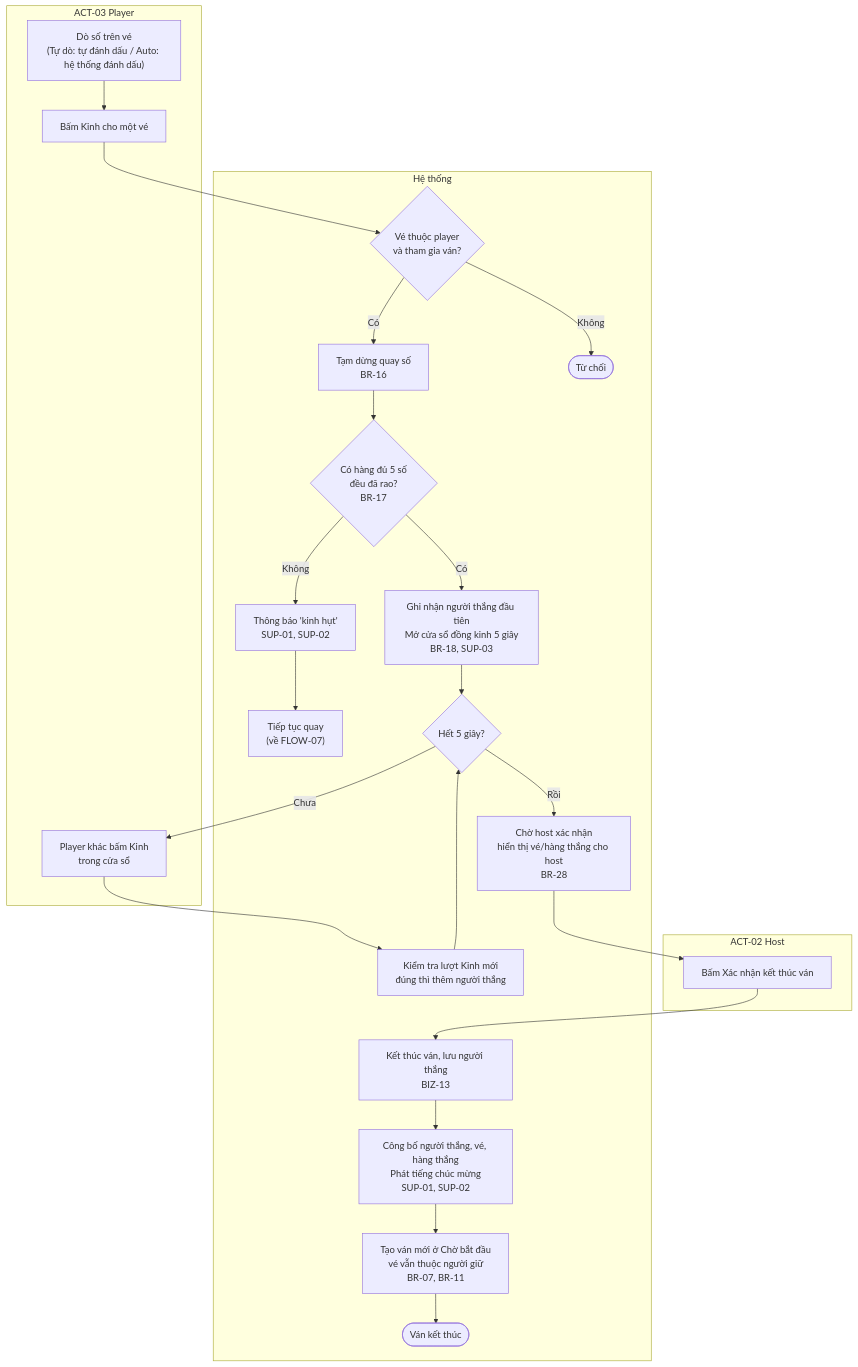
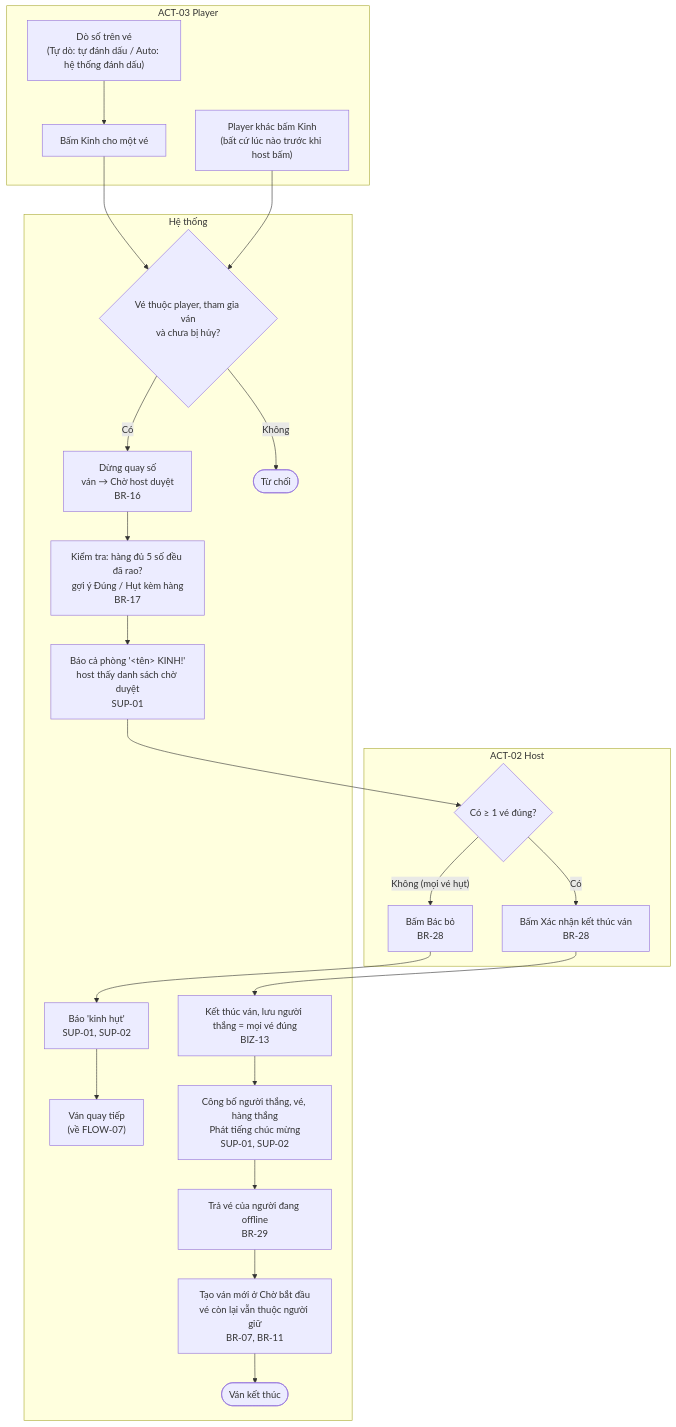
One commit to Thachdong/loto changed the ninth of 24 diagrams in idea/business-flows.md. Above: the diagram before and after it, drawn with Mermaid. The commit also changed other lines of this file and 22 other files, not shown here.

````diff
--- a/idea/business-flows.md
+++ b/idea/business-flows.md
@@ -485,34 +491,33 @@
 ```mermaid
 flowchart TD
   subgraph P["ACT-03 Player"]
     S1["Dò số trên vé<br/>(Tự dò: tự đánh dấu / Auto: hệ thống đánh dấu)"]
     S2["Bấm Kinh cho một vé"]
-    A2["Player khác bấm Kinh<br/>trong cửa sổ"]
+    A2["Player khác bấm Kinh<br/>(bất cứ lúc nào trước khi host bấm)"]
   end
   subgraph HO["ACT-02 Host"]
-    S9b["Bấm Xác nhận kết thúc ván"]
+    S8{"Có ≥ 1 vé đúng?"}
+    S9b["Bấm Xác nhận kết thúc ván<br/>BR-28"]
+    R1["Bấm Bác bỏ<br/>BR-28"]
   end
   subgraph H["Hệ thống"]
-    S3{"Vé thuộc player<br/>và tham gia ván?"}
-    S4["Tạm dừng quay số<br/>BR-16"]
-    S5{"Có hàng đủ 5 số<br/>đều đã rao?<br/>BR-17"}
-    E2["Thông báo 'kinh hụt'<br/>SUP-01, SUP-02"]
-    E3["Tiếp tục quay<br/>(về FLOW-07)"]
-    S6["Ghi nhận người thắng đầu tiên<br/>Mở cửa sổ đồng kinh 5 giây<br/>BR-18, SUP-03"]
-    S7{"Hết 5 giây?"}
-    S8["Kiểm tra lượt Kinh mới<br/>đúng thì thêm người thắng"]
-    S9a["Chờ host xác nhận<br/>hiển thị vé/hàng thắng cho host<br/>BR-28"]
-    S9["Kết thúc ván, lưu người thắng<br/>BIZ-13"]
+    S3{"Vé thuộc player, tham gia ván<br/>và chưa bị hủy?"}
+    S4["Dừng quay số<br/>ván → Chờ host duyệt<br/>BR-16"]
+    S5["Kiểm tra: hàng đủ 5 số đều đã rao?<br/>gợi ý Đúng / Hụt kèm hàng<br/>BR-17"]
+    S6["Báo cả phòng '&lt;tên&gt; KINH!'<br/>host thấy danh sách chờ duyệt<br/>SUP-01"]
+    E2["Báo 'kinh hụt'<br/>SUP-01, SUP-02"]
+    E3["Ván quay tiếp<br/>(về FLOW-07)"]
+    S9["Kết thúc ván, lưu người thắng = mọi vé đúng<br/>BIZ-13"]
     S10["Công bố người thắng, vé, hàng thắng<br/>Phát tiếng chúc mừng<br/>SUP-01, SUP-02"]
-    S11["Tạo ván mới ở Chờ bắt đầu<br/>vé vẫn thuộc người giữ<br/>BR-07, BR-11"]
+    S10b["Trả vé của người đang offline<br/>BR-29"]
+    S11["Tạo ván mới ở Chờ bắt đầu<br/>vé còn lại vẫn thuộc người giữ<br/>BR-07, BR-11"]
     X1(["Từ chối"])
     X2(["Ván kết thúc"])
   end
   S1 --> S2 --> S3
   S3 -- Không --> X1
-  S3 -- Có --> S4 --> S5
-  S5 -- Không --> E2 --> E3
-  S5 -- Có --> S6 --> S7
-  S7 -- Chưa --> A2 --> S8 --> S7
-  S7 -- Rồi --> S9a --> S9b --> S9 --> S10 --> S11 --> X2
+  S3 -- Có --> S4 --> S5 --> S6 --> S8
+  A2 --> S3
+  S8 -- "Không (mọi vé hụt)" --> R1 --> E2 --> E3
+  S8 -- Có --> S9b --> S9 --> S10 --> S10b --> S11 --> X2
 ```
````
